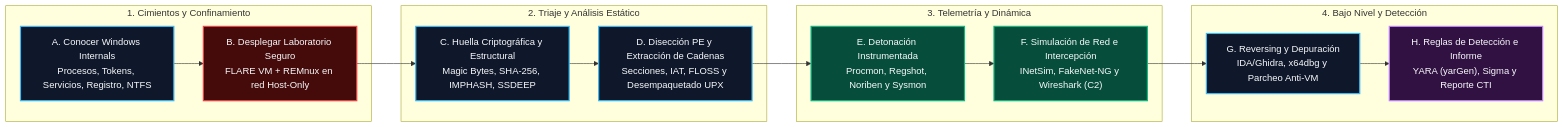
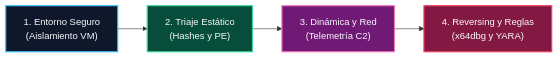
Before and after one commit to purpesec/Cybersecurity-For-Beginners: the first of 2 diagrams in malware-analysis/README.md, drawn with Mermaid. The commit also changed other lines of this file and 2 other files, not shown here.

Commit message:
style: redisear diagramas con pocos nodos y fuentes grandes para evitar compresion

````diff
--- a/malware-analysis/README.md
+++ b/malware-analysis/README.md
@@ -16,31 +16,9 @@
 ```mermaid
 flowchart LR
-    classDef step fill:#0f172a,stroke:#38bdf8,stroke-width:2px,color:#f8fafc;
-    classDef crit fill:#450a0a,stroke:#ef4444,stroke-width:2px,color:#f8fafc;
-    classDef action fill:#064e3b,stroke:#10b981,stroke-width:2px,color:#f8fafc;
-    classDef out fill:#311042,stroke:#c084fc,stroke-width:2px,color:#f8fafc;
+    classDef c1 fill:#0f172a,stroke:#38bdf8,stroke-width:2px,color:#f8fafc;
+    classDef c2 fill:#064e3b,stroke:#34d399,stroke-width:2px,color:#f8fafc;
+    classDef c3 fill:#701a75,stroke:#f472b6,stroke-width:2px,color:#f8fafc;
+    classDef c4 fill:#831843,stroke:#f43f5e,stroke-width:2px,color:#f8fafc;
 
-    subgraph FASE_PREVIA["1. Cimientos y Confinamiento"]
-        A["A. Conocer Windows Internals\nProcesos, Tokens, Servicios, Registro, NTFS"]:::step
-        B["B. Desplegar Laboratorio Seguro\nFLARE VM + REMnux en red Host-Only"]:::crit
-        A --> B
-    end
-
-    subgraph TRIAJE["2. Triaje y Análisis Estático"]
-        C["C. Huella Criptográfica y Estructural\nMagic Bytes, SHA-256, IMPHASH, SSDEEP"]:::step
-        D["D. Disección PE y Extracción de Cadenas\nSecciones, IAT, FLOSS y Desempaquetado UPX"]:::step
-        B --> C --> D
-    end
-
-    subgraph DINAMICO["3. Telemetría y Dinámica"]
-        E["E. Detonación Instrumentada\nProcmon, Regshot, Noriben y Sysmon"]:::action
-        F["F. Simulación de Red e Intercepción\nINetSim, FakeNet-NG y Wireshark (C2)"]:::action
-        D --> E --> F
-    end
-
-    subgraph PROFUNDO["4. Bajo Nivel y Detección"]
-        G["G. Reversing y Depuración\nIDA/Ghidra, x64dbg y Parcheo Anti-VM"]:::step
-        H["H. Reglas de Detección e Informe\nYARA (yarGen), Sigma y Reporte CTI"]:::out
-        F --> G --> H
-    end
+    P1["1. Entorno Seguro\n(Aislamiento VM)"]:::c1 --> P2["2. Triaje Estático\n(Hashes y PE)"]:::c2 --> P3["3. Dinámica y Red\n(Telemetría C2)"]:::c3 --> P4["4. Reversing y Reglas\n(x64dbg y YARA)"]:::c4
 ```
````
